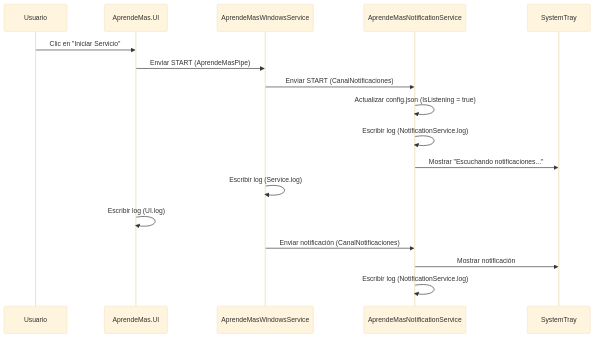
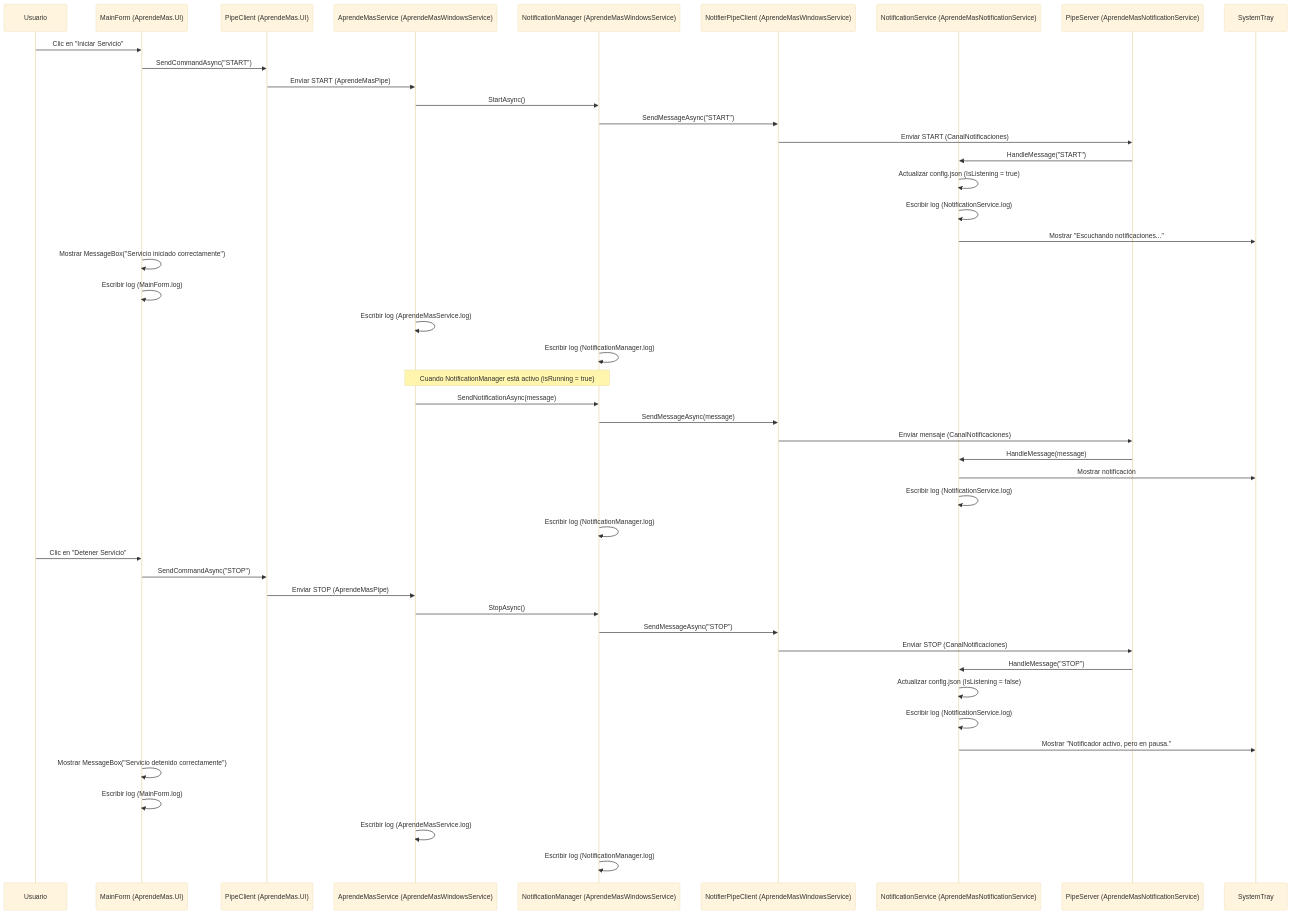
The diagram in SEQUENCE.md (Mariano2025/aprende-mas), drawn with Mermaid (base theme) before and after one commit. The commit also changed other lines of this file, not shown here.

````diff
--- a/SEQUENCE.md
+++ b/SEQUENCE.md
@@ -5,20 +5,54 @@
 ```mermaid
 sequenceDiagram
     participant U as Usuario
-    participant UI as AprendeMas.UI
-    participant S as AprendeMasWindowsService
-    participant N as AprendeMasNotificationService
+    participant M as MainForm (AprendeMas.UI)
+    participant PC as PipeClient (AprendeMas.UI)
+    participant AS as AprendeMasService (AprendeMasWindowsService)
+    participant NM as NotificationManager (AprendeMasWindowsService)
+    participant NPC as NotifierPipeClient (AprendeMasWindowsService)
+    participant NS as NotificationService (AprendeMasNotificationService)
+    participant PS as PipeServer (AprendeMasNotificationService)
+    participant ST as SystemTray
 
-    U->>UI: Clic en "Iniciar Servicio"
-    UI->>S: Enviar START (AprendeMasPipe)
-    S->>N: Enviar START (CanalNotificaciones)
-    N->>N: Actualizar config.json (IsListening = true)
-    N->>N: Escribir log (NotificationService.log)
-    N->>SystemTray: Mostrar "Escuchando notificaciones..."
-    S->>S: Escribir log (Service.log)
-    UI->>UI: Escribir log (UI.log)
+    %% Flujo para START
+    U->>M: Clic en "Iniciar Servicio"
+    M->>PC: SendCommandAsync("START")
+    PC->>AS: Enviar START (AprendeMasPipe)
+    AS->>NM: StartAsync()
+    NM->>NPC: SendMessageAsync("START")
+    NPC->>PS: Enviar START (CanalNotificaciones)
+    PS->>NS: HandleMessage("START")
+    NS->>NS: Actualizar config.json (IsListening = true)
+    NS->>NS: Escribir log (NotificationService.log)
+    NS->>ST: Mostrar "Escuchando notificaciones..."
+    M->>M: Mostrar MessageBox("Servicio iniciado correctamente")
+    M->>M: Escribir log (MainForm.log)
+    AS->>AS: Escribir log (AprendeMasService.log)
+    NM->>NM: Escribir log (NotificationManager.log)
 
-    S->>N: Enviar notificación (CanalNotificaciones)
-    N->>SystemTray: Mostrar notificación
-    N->>N: Escribir log (NotificationService.log)
+    %% Flujo para notificación
+    Note over AS,NM: Cuando NotificationManager está activo (isRunning = true)
+    AS->>NM: SendNotificationAsync(message)
+    NM->>NPC: SendMessageAsync(message)
+    NPC->>PS: Enviar mensaje (CanalNotificaciones)
+    PS->>NS: HandleMessage(message)
+    NS->>ST: Mostrar notificación
+    NS->>NS: Escribir log (NotificationService.log)
+    NM->>NM: Escribir log (NotificationManager.log)
+
+    %% Flujo para STOP
+    U->>M: Clic en "Detener Servicio"
+    M->>PC: SendCommandAsync("STOP")
+    PC->>AS: Enviar STOP (AprendeMasPipe)
+    AS->>NM: StopAsync()
+    NM->>NPC: SendMessageAsync("STOP")
+    NPC->>PS: Enviar STOP (CanalNotificaciones)
+    PS->>NS: HandleMessage("STOP")
+    NS->>NS: Actualizar config.json (IsListening = false)
+    NS->>NS: Escribir log (NotificationService.log)
+    NS->>ST: Mostrar "Notificador activo, pero en pausa."
+    M->>M: Mostrar MessageBox("Servicio detenido correctamente")
+    M->>M: Escribir log (MainForm.log)
+    AS->>AS: Escribir log (AprendeMasService.log)
+    NM->>NM: Escribir log (NotificationManager.log)
 ```
````
